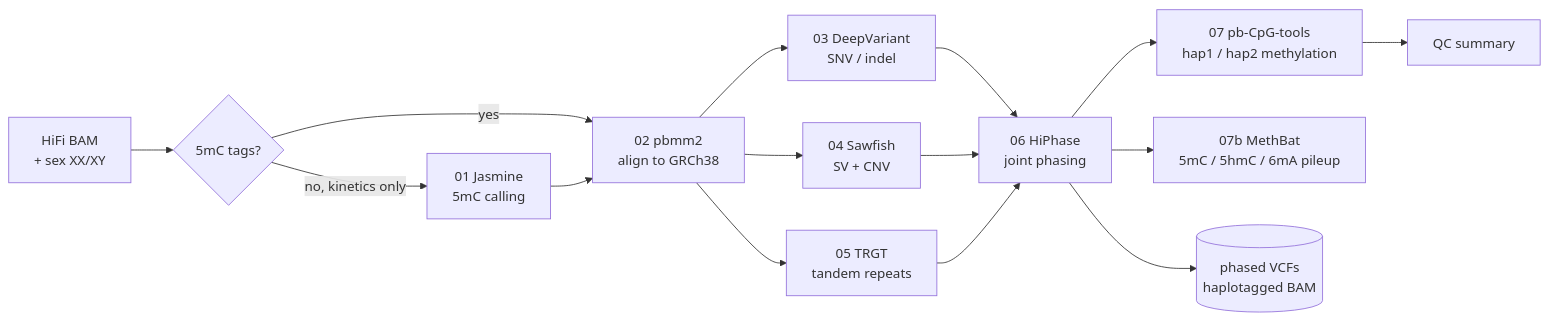
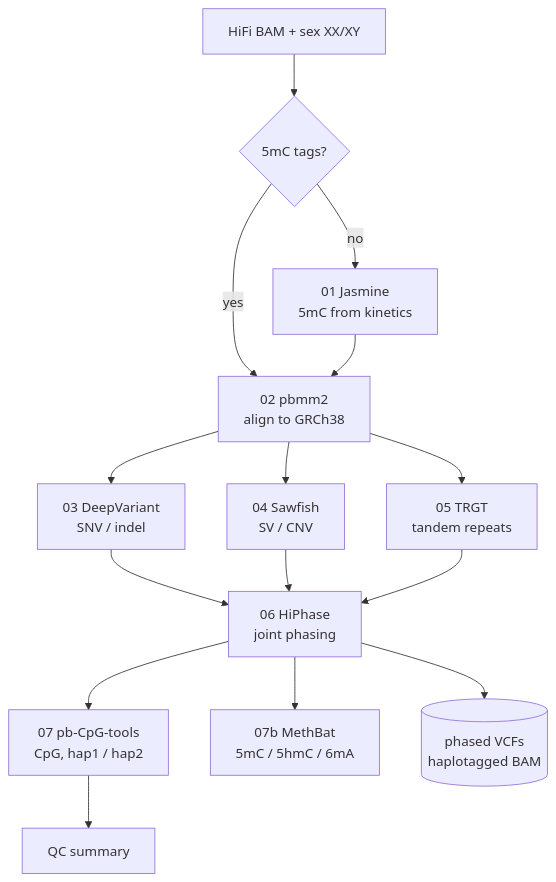
One commit to Junil-lab/KMAP changed the first of 3 diagrams in README.md. Above: the diagram before and after it, drawn with Mermaid. The commit also changed other lines of this file, not shown here.

Commit message:
README: vertical pipeline diagrams; add PBLONGREADRNA and SCRNA overviews

````diff
--- a/README.md
+++ b/README.md
@@ -48,17 +48,15 @@
 ```mermaid
-flowchart LR
-    A[HiFi BAM<br/>+ sex XX/XY] --> J{5mC tags?}
-    J -- no, kinetics only --> B0[01 Jasmine<br/>5mC calling]
+flowchart TB
+    A[HiFi BAM + sex XX/XY] --> J{5mC tags?}
+    J -- no --> B0[01 Jasmine<br/>5mC from kinetics]
     J -- yes --> B[02 pbmm2<br/>align to GRCh38]
     B0 --> B
     B --> C[03 DeepVariant<br/>SNV / indel]
-    B --> D[04 Sawfish<br/>SV + CNV]
+    B --> D[04 Sawfish<br/>SV / CNV]
     B --> E[05 TRGT<br/>tandem repeats]
-    C --> F[06 HiPhase<br/>joint phasing]
-    D --> F
-    E --> F
-    F --> G[07 pb-CpG-tools<br/>hap1 / hap2 methylation]
-    F --> M[07b MethBat<br/>5mC / 5hmC / 6mA pileup]
+    C & D & E --> F[06 HiPhase<br/>joint phasing]
+    F --> G[07 pb-CpG-tools<br/>CpG, hap1 / hap2]
+    F --> M[07b MethBat<br/>5mC / 5hmC / 6mA]
     F --> H[(phased VCFs<br/>haplotagged BAM)]
     G --> Q[QC summary]
 ```
````
